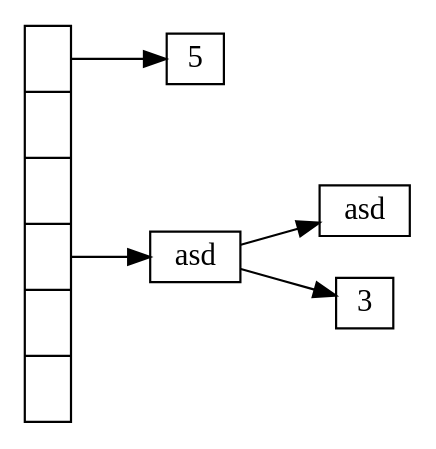
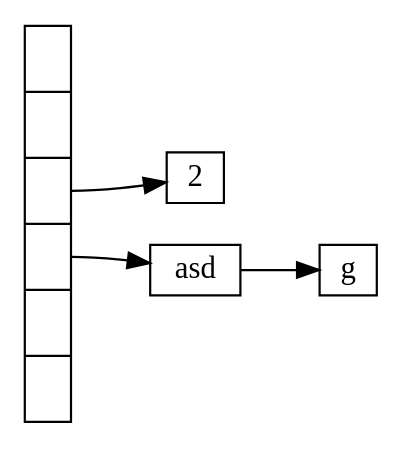
Before and after one commit to LouisGonzalez/Estructura-P2.Hash: the diagram in grafica.dot, drawn with Graphviz. The commit also changed 8 other files, not shown here.

```diff
--- a/grafica.dot
+++ b/grafica.dot
@@ -1,20 +1,17 @@
 digraph G { 
 rankdir=LR;
 node [shape=record,width=.1,height=.1];
 node0 [label = "<f0> |<f1> |<f2> |<f3> |<f4> |" , height=2.5];
-Nodo0000[label = "<f0>5" ];
-
-Nodo0311[label = "<f0>asd" ];
+Nodo0200[label = "<f0>2" ];
 Nodo0300[label = "<f0>asd" ];
-Nodo0321[label = "<f0>3"];
+Nodo0310[label = "<f0>g"];
 
 
 
-Nodo0311 -> Nodo0300;
-Nodo0311 -> Nodo0321;
+Nodo0300 -> Nodo0310;
 
 
 
-node0: f0 -> Nodo0000;
-node0: f3 -> Nodo0311;
+node0: f2 -> Nodo0200;
+node0: f3 -> Nodo0300;
 }
```
